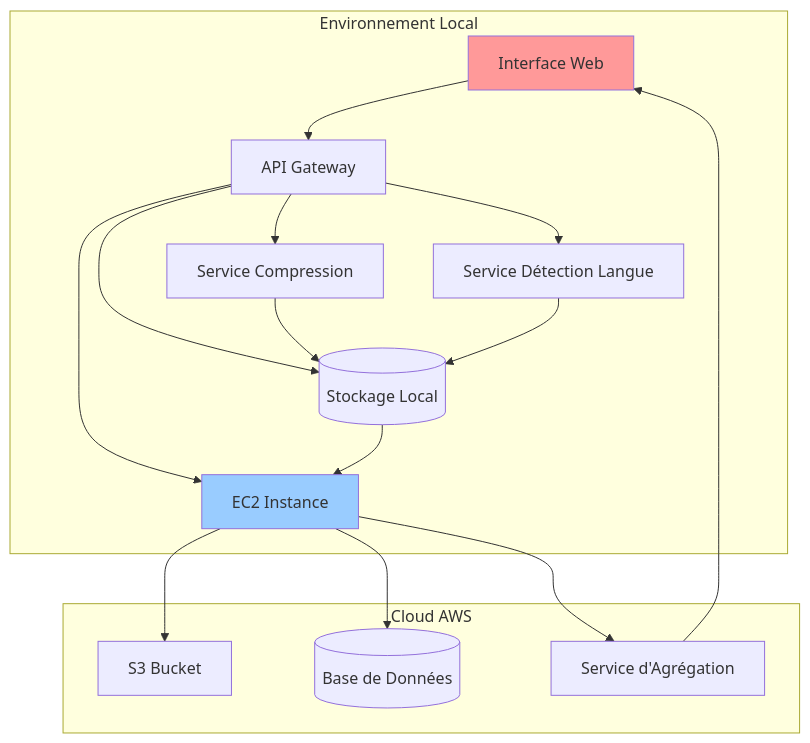
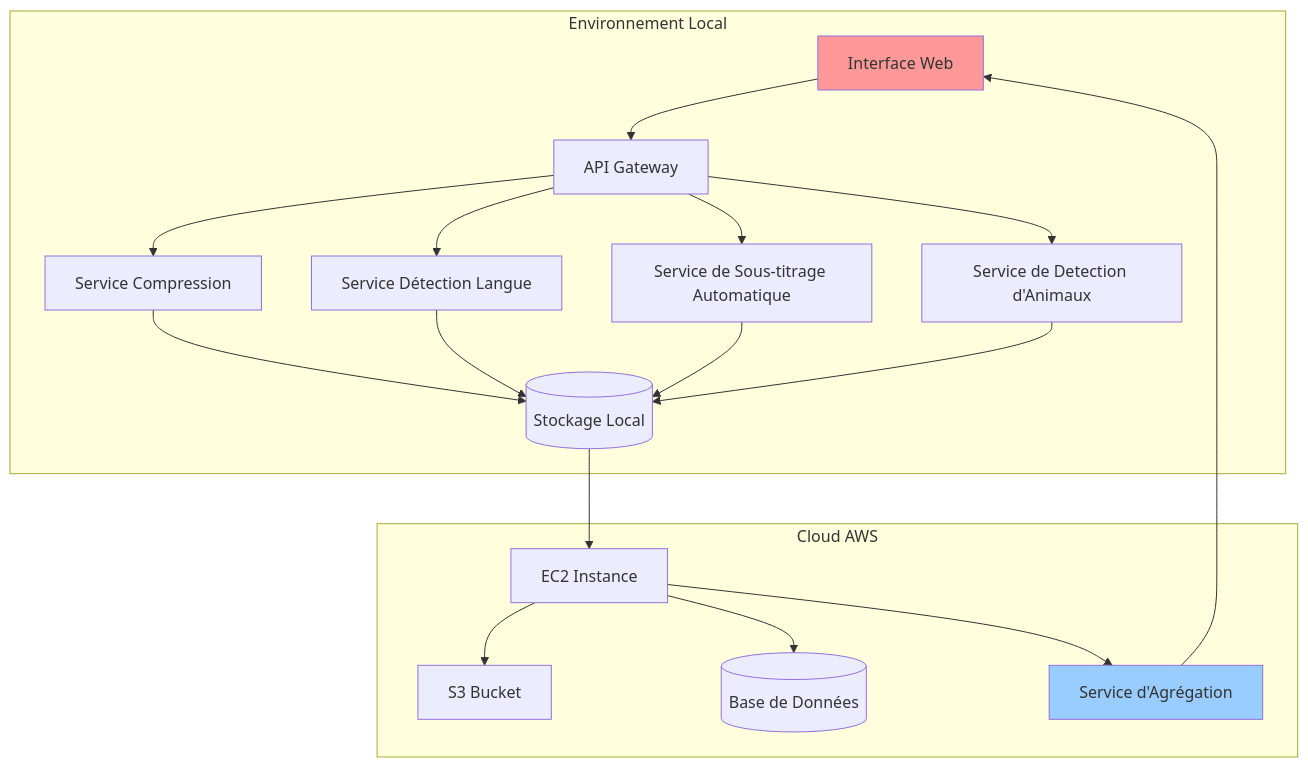
The diagram in Video Processing Pipeline/README.md (fabrice002/Cloud-Computing-Hybrid-Video-Processing), drawn with Mermaid before and after one commit. The commit also changed 1 other file, not shown here.

````diff
--- a/Video Processing Pipeline/README.md
+++ b/Video Processing Pipeline/README.md
@@ -53,24 +53,26 @@
 ```mermaid
 graph TB
     subgraph "Environnement Local"
         A[Interface Web] --> B[API Gateway]
         B --> C[Service Compression]
         B --> D[Service Détection Langue]
         B --> E[Service de Sous-titrage Automatique]
         B --> F[Service de Detection d'Animaux]
-        C --> E[(Stockage Local)]
-        D --> E
+        C --> G[(Stockage Local)]
+        D --> G
+        E --> G
+        F --> G
     end
     
     subgraph "Cloud AWS"
-        F[EC2 Instance] --> G[S3 Bucket]
-        F --> H[(Base de Données)]
-        F --> I[Service d'Agrégation]
+        H[EC2 Instance] --> I[S3 Bucket]
+        H --> J[(Base de Données)]
+        H --> K[Service d'Agrégation] 
     end
     
-    E --> F
-    I --> A
+    G --> H
+    K --> A
     
     style A fill:#ff9999
-    style F fill:#99ccff
+    style K fill:#99ccff
 ```
````
